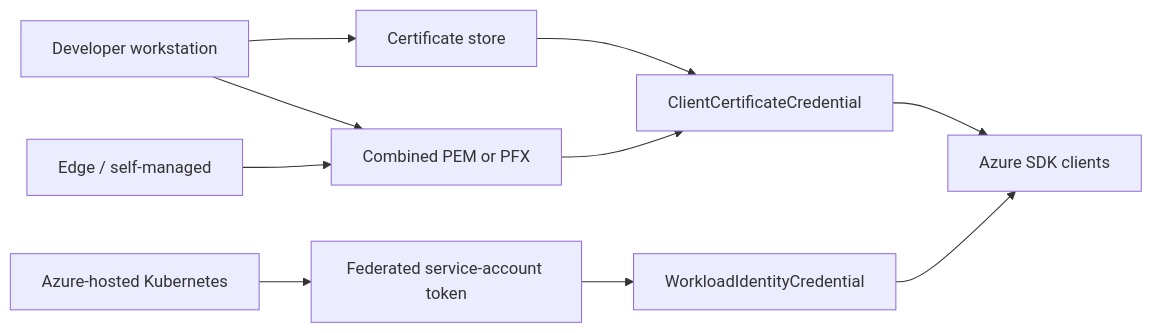
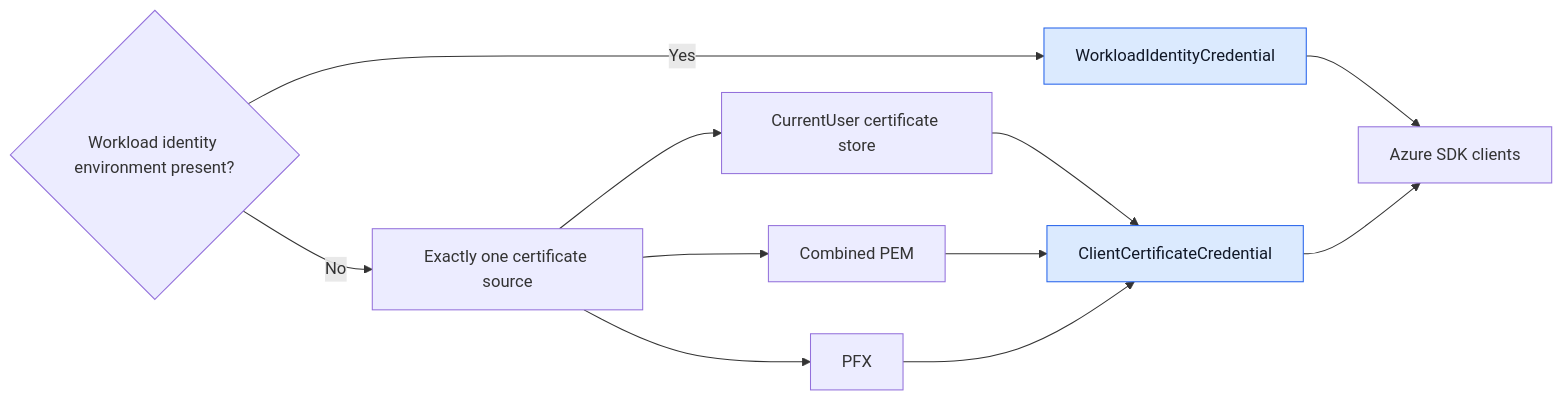
The diagram in src/CasCap.Api.Azure.Auth/README.md (f2calv/CasCap.Api.Azure), drawn with Mermaid before and after one commit. The commit also changed other lines of this file and 11 other files, not shown here.

First line of the commit message:
docs(readme): document Azure service usage and contracts

````diff
--- a/src/CasCap.Api.Azure.Auth/README.md
+++ b/src/CasCap.Api.Azure.Auth/README.md
@@ -20,14 +153,16 @@
 ```mermaid
 flowchart LR
-    DEV["Developer workstation"] --> STORE["Certificate store"]
-    DEV --> FILE["Combined PEM or PFX"]
-    EDGE["Edge / self-managed"] --> FILE
-    AZURE["Azure-hosted Kubernetes"] --> FEDERATED["Federated service-account token"]
-
-    STORE --> CLIENT_CERT["ClientCertificateCredential"]
-    FILE --> CLIENT_CERT
-    FEDERATED --> WORKLOAD["WorkloadIdentityCredential"]
-
-    CLIENT_CERT --> SDK["Azure SDK clients"]
-    WORKLOAD --> SDK
+    ENV{"Workload identity environment present?"}
+    ENV -->|Yes| WI["WorkloadIdentityCredential"]
+    ENV -->|No| CERT["Exactly one certificate source"]
+    CERT --> STORE["CurrentUser certificate store"]
+    CERT --> PEM["Combined PEM"]
+    CERT --> PFX["PFX"]
+    STORE --> CC["ClientCertificateCredential"]
+    PEM --> CC
+    PFX --> CC
+    WI --> SDK["Azure SDK clients"]
+    CC --> SDK
+    classDef credential fill:#dbeafe,stroke:#2563eb,color:#111827
+    class WI,CC credential
 ```
````
